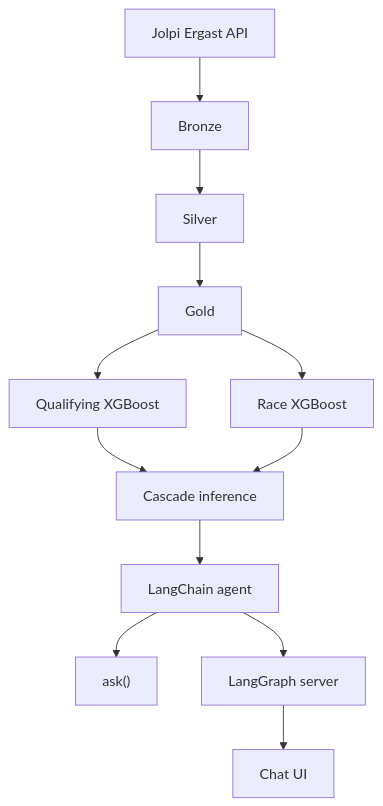
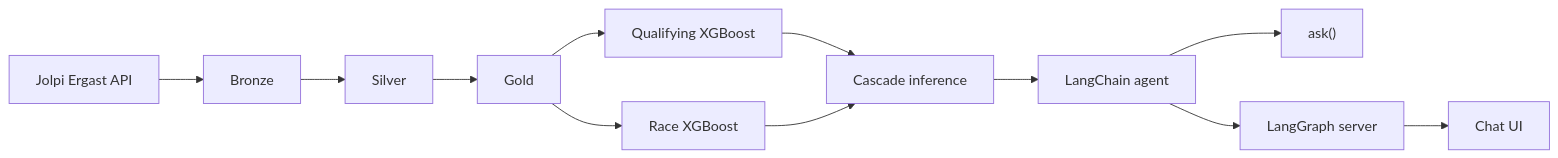
The diagram in README.md (filippo99barto/f1-predictor), drawn with Mermaid before and after one commit. The commit also changed other lines of this file and 1 other file, not shown here.

````diff
--- a/README.md
+++ b/README.md
@@ -21,14 +21,14 @@
 ```mermaid
-flowchart TB
+flowchart LR
     API[Jolpi Ergast API] --> Bronze
     Bronze --> Silver
     Silver --> Gold
     Gold --> QualiModel[Qualifying XGBoost]
     Gold --> RaceModel[Race XGBoost]
     QualiModel --> Cascade[Cascade inference]
     RaceModel --> Cascade
     Cascade --> Agent[LangChain agent]
     Agent --> Ask["ask()"]
     Agent --> Server[LangGraph server]
     Server --> UI[Chat UI]
 ```
````
